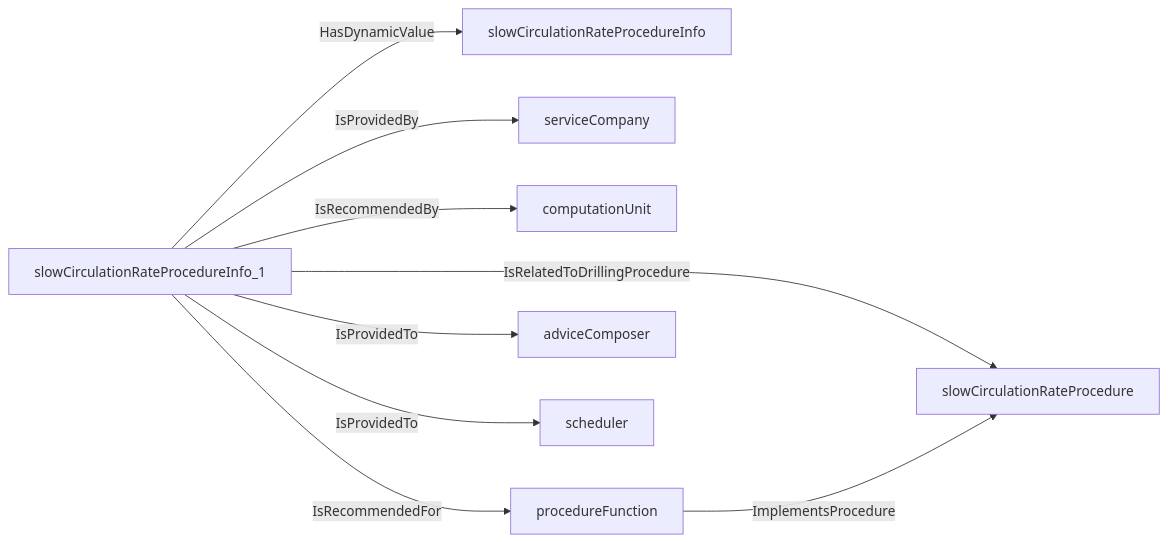
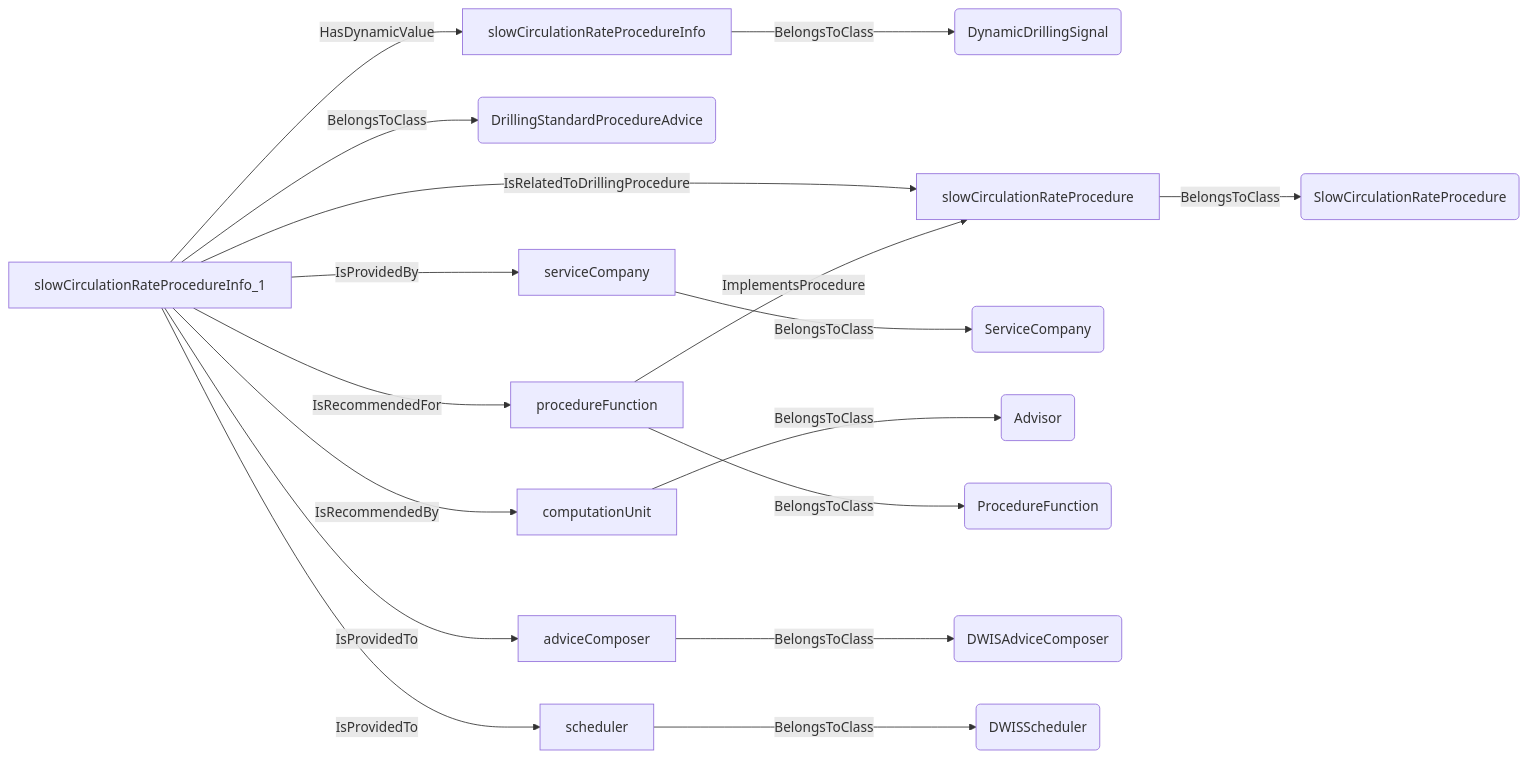
Before and after one commit to D-WIS/DDHub-Semantic-Interoperability: the tenth of 19 diagrams in docs/vocabulary_development/auto-generated/md/definition-files/DrillingProcedure.md, drawn with Mermaid. The commit also changed other lines of this file and 14 other files, not shown here.

````diff
--- a/docs/vocabulary_development/auto-generated/md/definition-files/DrillingProcedure.md
+++ b/docs/vocabulary_development/auto-generated/md/definition-files/DrillingProcedure.md
@@ -497,11 +625,19 @@
 ```mermaid
 graph LR
-	N0000[slowCirculationRateProcedureInfo_1] -->|HasDynamicValue| N0001[slowCirculationRateProcedureInfo] 
-	N0000[slowCirculationRateProcedureInfo_1] -->|IsRelatedToDrillingProcedure| N0002[slowCirculationRateProcedure] 
-	N0000[slowCirculationRateProcedureInfo_1] -->|IsProvidedBy| N0003[serviceCompany] 
-	N0000[slowCirculationRateProcedureInfo_1] -->|IsRecommendedBy| N0004[computationUnit] 
-	N0005[procedureFunction] -->|ImplementsProcedure| N0002[slowCirculationRateProcedure] 
-	N0000[slowCirculationRateProcedureInfo_1] -->|IsRecommendedFor| N0005[procedureFunction] 
-	N0000[slowCirculationRateProcedureInfo_1] -->|IsProvidedTo| N0006[adviceComposer] 
-	N0000[slowCirculationRateProcedureInfo_1] -->|IsProvidedTo| N0007[scheduler] 
+	N0000[slowCirculationRateProcedureInfo] -->|BelongsToClass| N0001(DynamicDrillingSignal) 
+	N0002[slowCirculationRateProcedureInfo_1] -->|BelongsToClass| N0003(DrillingStandardProcedureAdvice) 
+	N0002[slowCirculationRateProcedureInfo_1] -->|HasDynamicValue| N0000[slowCirculationRateProcedureInfo] 
+	N0004[slowCirculationRateProcedure] -->|BelongsToClass| N0005(SlowCirculationRateProcedure) 
+	N0002[slowCirculationRateProcedureInfo_1] -->|IsRelatedToDrillingProcedure| N0004[slowCirculationRateProcedure] 
+	N0006[serviceCompany] -->|BelongsToClass| N0007(ServiceCompany) 
+	N0002[slowCirculationRateProcedureInfo_1] -->|IsProvidedBy| N0006[serviceCompany] 
+	N0008[computationUnit] -->|BelongsToClass| N0009(Advisor) 
+	N0002[slowCirculationRateProcedureInfo_1] -->|IsRecommendedBy| N0008[computationUnit] 
+	N0010[procedureFunction] -->|BelongsToClass| N0011(ProcedureFunction) 
+	N0010[procedureFunction] -->|ImplementsProcedure| N0004[slowCirculationRateProcedure] 
+	N0002[slowCirculationRateProcedureInfo_1] -->|IsRecommendedFor| N0010[procedureFunction] 
+	N0012[adviceComposer] -->|BelongsToClass| N0013(DWISAdviceComposer) 
+	N0002[slowCirculationRateProcedureInfo_1] -->|IsProvidedTo| N0012[adviceComposer] 
+	N0014[scheduler] -->|BelongsToClass| N0015(DWISScheduler) 
+	N0002[slowCirculationRateProcedureInfo_1] -->|IsProvidedTo| N0014[scheduler] 
 ```
````
